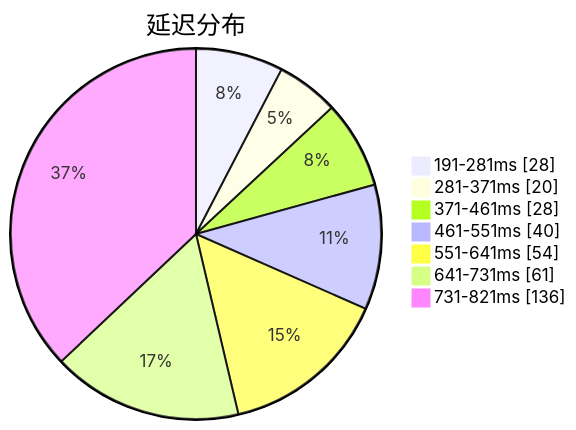
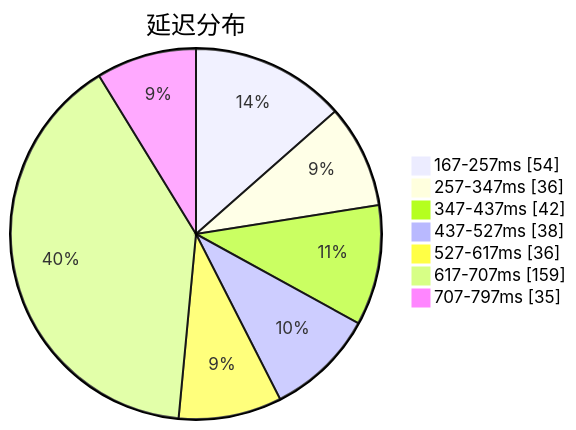
The first of 3 diagrams in subs/statistics/tested_within.md (qjlxg/airport), drawn with Mermaid before and after one commit. The commit also changed other lines of this file and 2 other files, not shown here.

````diff
--- a/subs/statistics/tested_within.md
+++ b/subs/statistics/tested_within.md
@@ -2,11 +2,11 @@
 ```mermaid
 pie showData
 title 延迟分布
-"191-281ms" : 28
-"281-371ms" : 20
-"371-461ms" : 28
-"461-551ms" : 40
-"551-641ms" : 54
-"641-731ms" : 61
-"731-821ms" : 136
+"167-257ms" : 54
+"257-347ms" : 36
+"347-437ms" : 42
+"437-527ms" : 38
+"527-617ms" : 36
+"617-707ms" : 159
+"707-797ms" : 35
 ```
````
